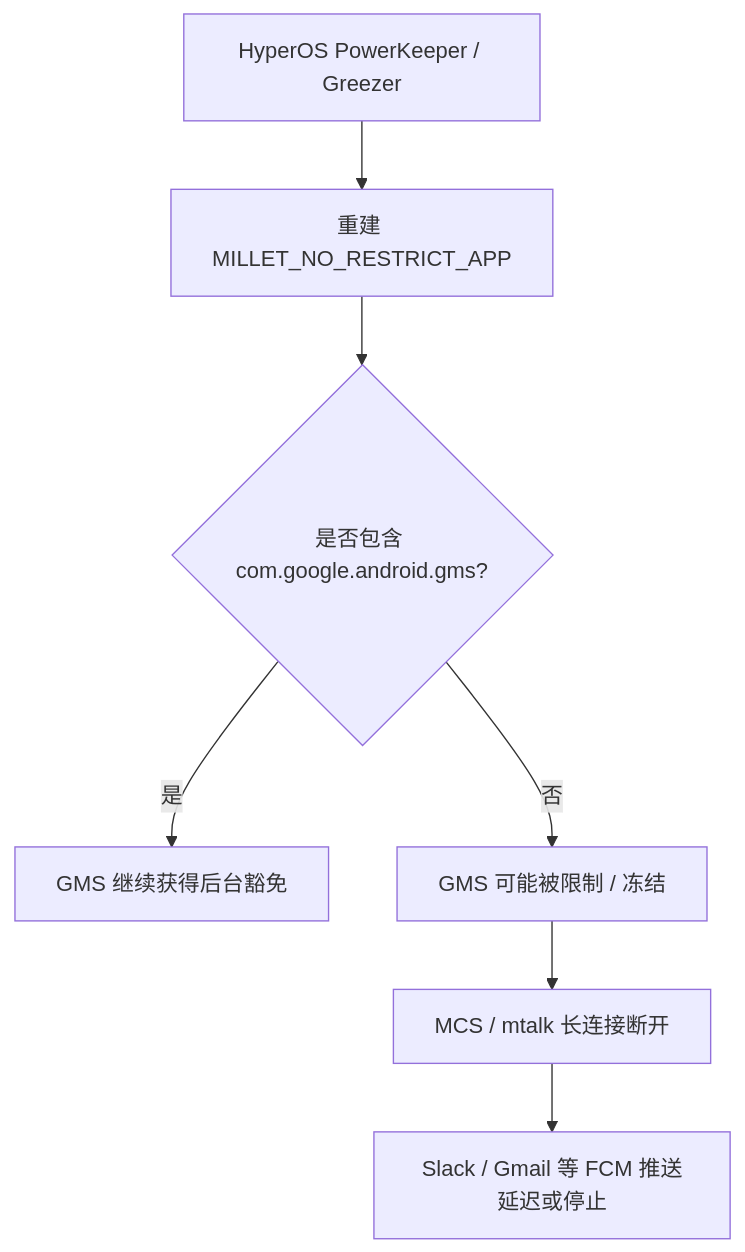
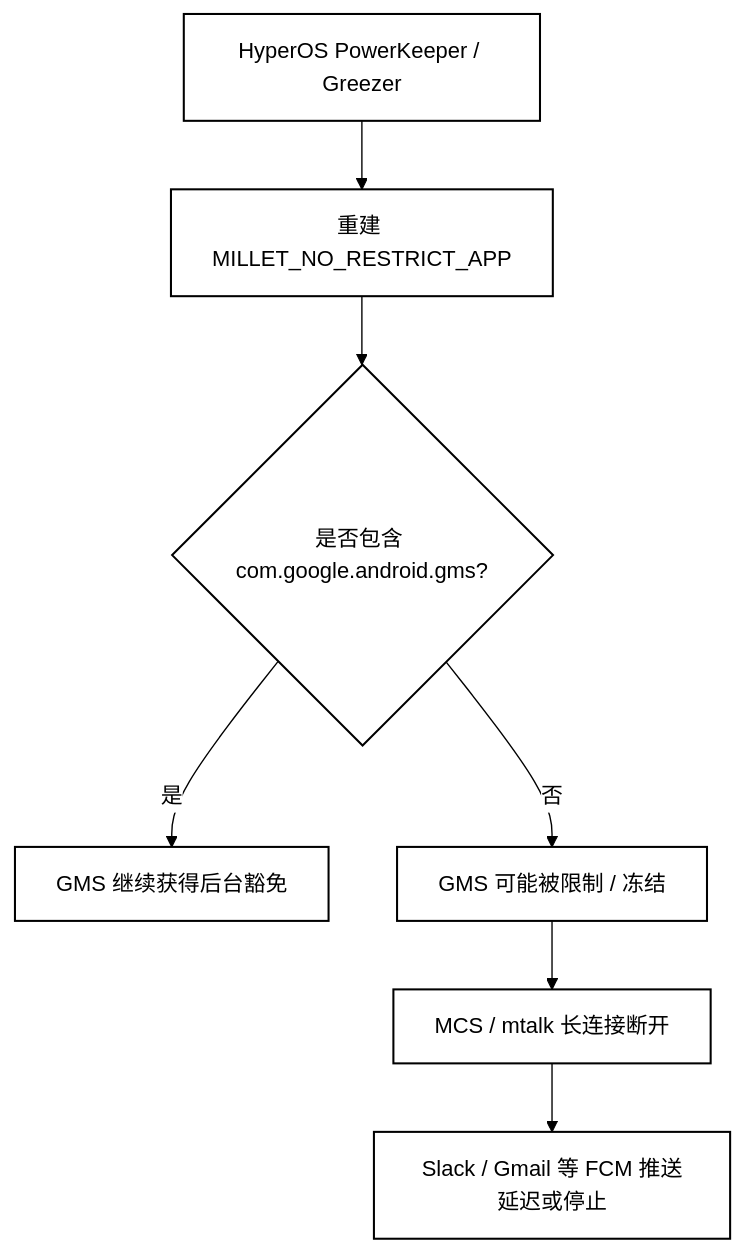
Before and after one commit to ReedGAOOO/FCMGuard-HyperOS: the first of 4 diagrams in README.zh-CN.md, drawn with Mermaid. The commit also changed other lines of this file, not shown here.

Commit message:
将流程图替换为黑白样式并加入参考与致谢

````diff
--- a/README.zh-CN.md
+++ b/README.zh-CN.md
@@ -51,9 +51,12 @@
 ```mermaid
+%%{init: {'theme':'base','themeVariables': {'background':'#ffffff','primaryColor':'#ffffff','primaryTextColor':'#000000','primaryBorderColor':'#000000','secondaryColor':'#ffffff','tertiaryColor':'#ffffff','lineColor':'#000000','fontFamily':'Arial'}}}%%
 flowchart TD
     A[HyperOS PowerKeeper / Greezer] --> B[重建 MILLET_NO_RESTRICT_APP]
     B --> C{是否包含 com.google.android.gms?}
     C -- 是 --> D[GMS 继续获得后台豁免]
     C -- 否 --> E[GMS 可能被限制 / 冻结]
     E --> F[MCS / mtalk 长连接断开]
     F --> G[Slack / Gmail 等 FCM 推送延迟或停止]
+    classDef bw fill:#ffffff,stroke:#000000,color:#000000,stroke-width:1.5px;
+    class A,B,C,D,E,F,G bw;
 ```
````
